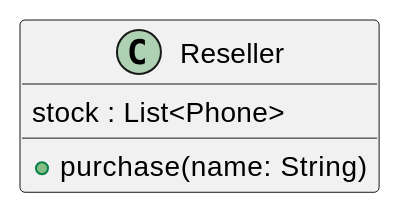
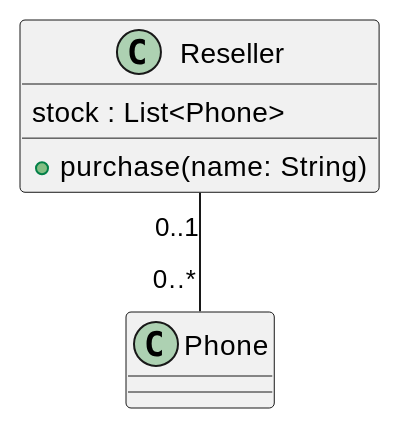
The diagram in ex-phone/reseller-class.md (lyhcode/oosad), drawn with PlantUML before and after one commit. The commit also changed 45 other files, not shown here.

````diff
--- a/ex-phone/reseller-class.md
+++ b/ex-phone/reseller-class.md
@@ -5,8 +5,9 @@
 ```uml
 @startuml
 class Reseller {
     stock : List<Phone>
     + purchase(name: String)
 }
+Reseller "0..1" -- "0..*" Phone
 @enduml
 ```
````
